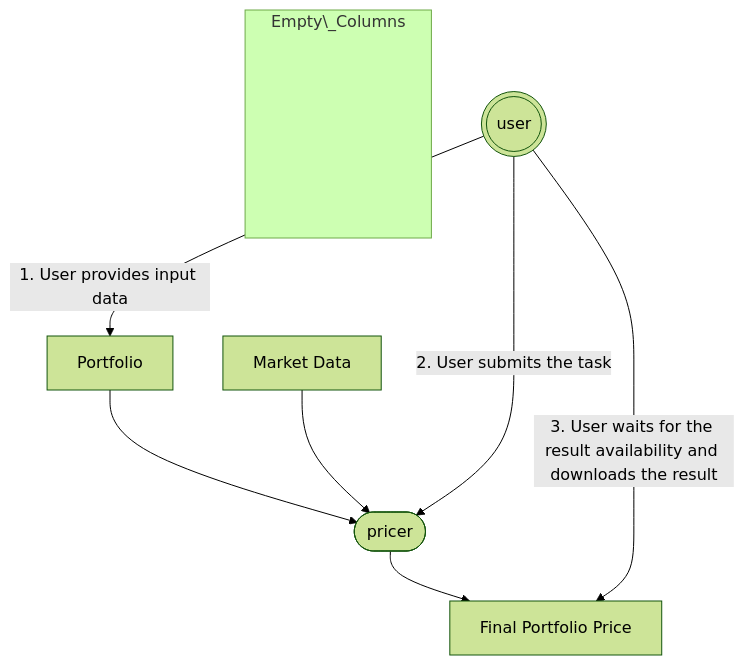
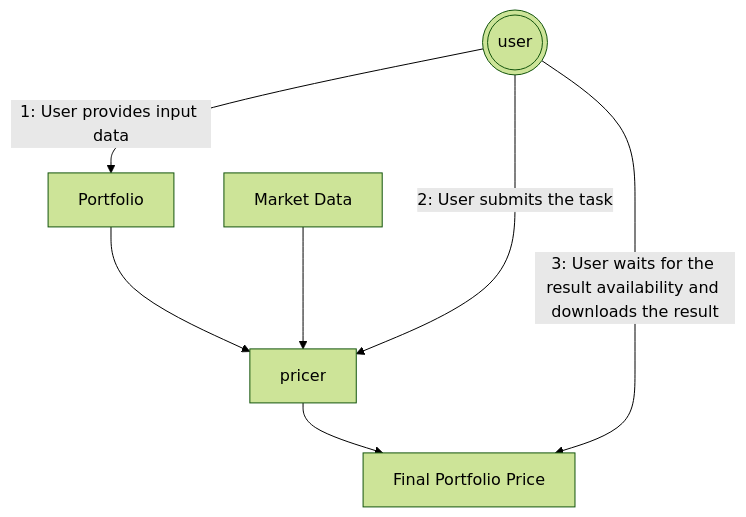
The first of 2 diagrams in .docs/examples/pricing_workflows.md (aneoconsulting/PymoniK), drawn with Mermaid (forest theme) before and after one commit. The commit also changed other lines of this file, not shown here.

Commit message:
fix mermaid graphs

````diff
--- a/.docs/examples/pricing_workflows.md
+++ b/.docs/examples/pricing_workflows.md
@@ -41,27 +41,18 @@
 ```mermaid
-graph TB
-  classDef invisibleBlock fill:#00000000,stroke-width:0px, color:#0000;
-  classDef invisibleText color:#0000;
-  
-  subgraph Empty\_Columns
-    s1["empty"]:::invisibleBlock
-    s2["empty"]:::invisibleBlock
-  end
+graph TD
+    %% Define other nodes
+    id1["Portfolio"]
+    id2["Market Data"]
+    id3((("user")))
+    id4["pricer"]
+    id5["Final Portfolio Price"]
 
-  id1["Portfolio"]
-  id2["Market Data"]
-
-  id3((("user")))
-  id4(["pricer"])
-  
-  id1 --> id4
-  id2 --> id4
-
-  id3 -- "1. User provides input data" --> id1
-  id3 -- "2. User submits the task" --> id4
-
-  id5["Final Portfolio Price"]
-  id4 --> id5
-  id3 -- "3. User waits for the result availability and downloads the result" --> id5
+    %% Define connections
+    id1 --> id4
+    id2 --> id4
+    id3 -- "1: User provides input data" --> id1
+    id3 -- "2: User submits the task" --> id4
+    id4 --> id5
+    id3 -- "3: User waits for the result availability and downloads the result" --> id5
 
 ```
````
